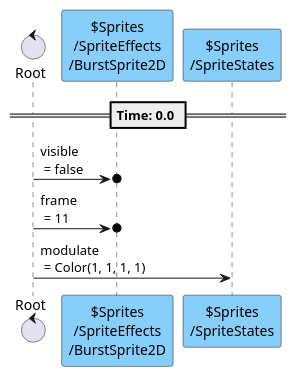
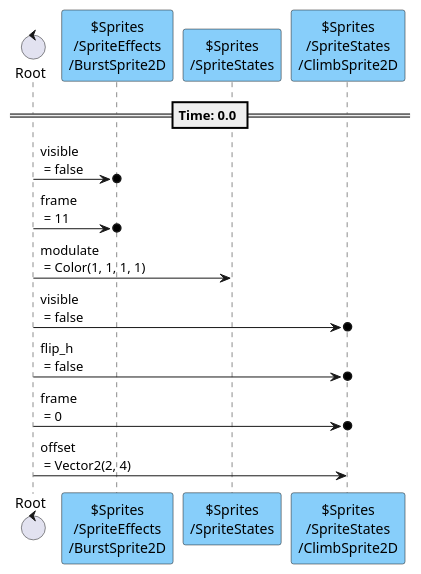
One commit to tkmfujise/Platformer-Game-Learning changed the second of 13 diagrams in content/scenes/src/player/player.tscn.adoc. Above: the diagram before and after it, drawn with PlantUML. The commit also changed other lines of this file and 211 other files, not shown here.

```diff
--- a/content/scenes/src/player/player.tscn.adoc
+++ b/content/scenes/src/player/player.tscn.adoc
@@ -296,15 +307,20 @@
 [plantuml]
 ....
 control "Root" as R
 participant "$Sprites\n/SpriteEffects\n/BurstSprite2D" as T0 #87CEFA
 participant "$Sprites\n/SpriteStates" as T2 #87CEFA
+participant "$Sprites\n/SpriteStates\n/ClimbSprite2D" as T3 #87CEFA
 
 
 
 == Time: 0.0 ==
 R  ->o  T0 : visible\n = false
 R  ->o  T0 : frame\n = 11
 R  ->  T2 : modulate\n = Color(1, 1, 1, 1)
+R  ->o  T3 : visible\n = false
+R  ->o  T3 : flip_h\n = false
+R  ->o  T3 : frame\n = 0
+R  ->  T3 : offset\n = Vector2(2, 4)
 
 
 ....
```
